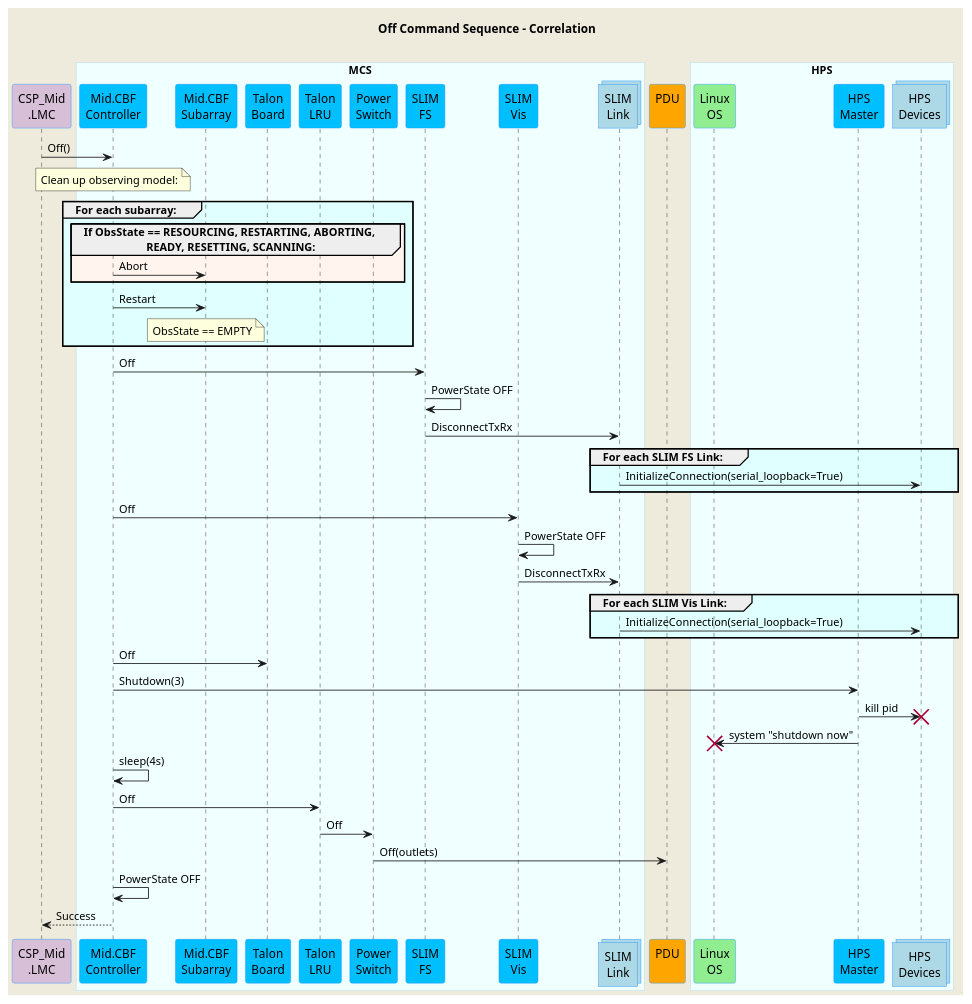
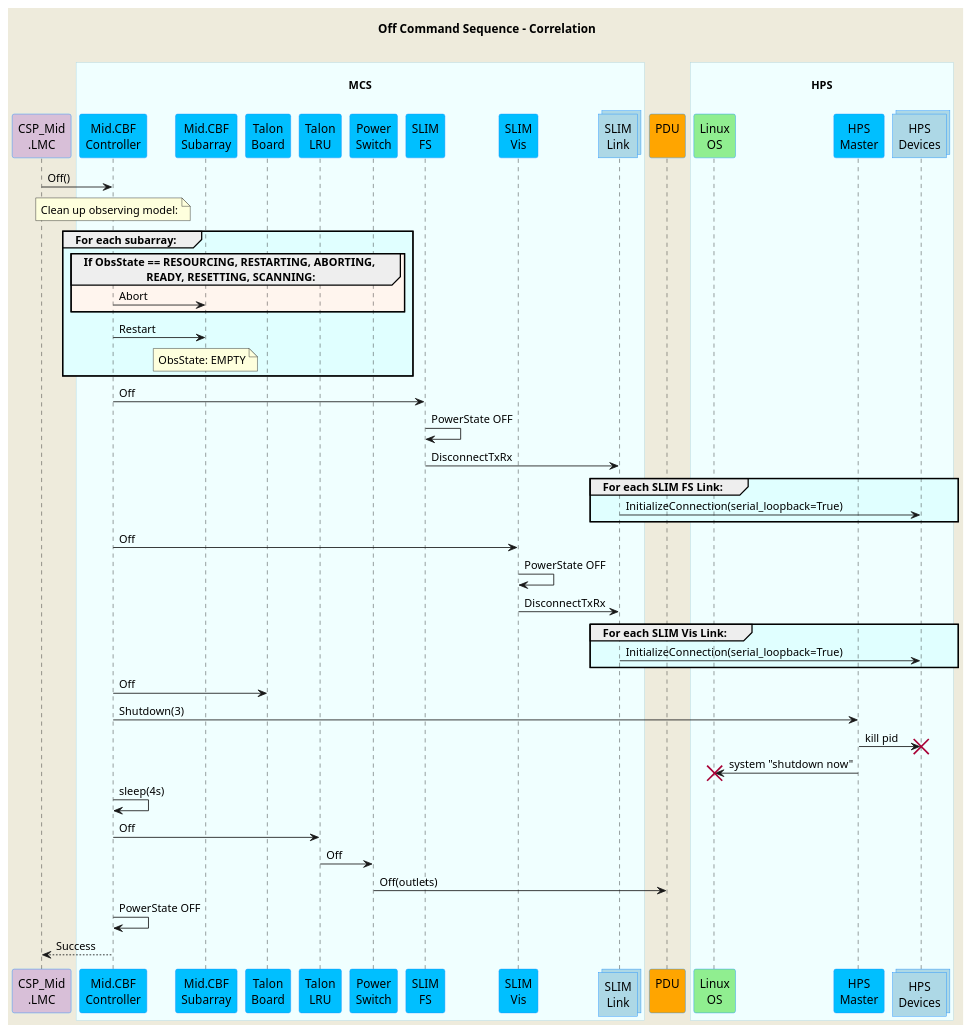
The diagram in docs/src/diagrams/off-command-sequence.puml (ska-telescope/mid-cbf-mcs), drawn with PlantUML before and after one commit. The commit also changed 8 other files, not shown here.

```diff
--- a/docs/src/diagrams/off-command-sequence.puml
+++ b/docs/src/diagrams/off-command-sequence.puml
@@ -1,82 +1,82 @@
 @startuml
 'https://plantuml.com/sequence-diagram
 skinparam backgroundColor #EEEBDC
 skinparam sequence {
 ParticipantBorderColor DodgerBlue
 ParticipantBackgroundColor DeepSkyBlue
 ActorBorderColor DarkGreen
 ActorBackgroundColor Green
 BoxBorderColor LightBlue
 BoxBackgroundColor #F0FFFF
 }
 skinparam collections {
   BackGroundColor LightBlue
   BorderColor DodgerBlue
 }
 skinparam database {
   BackgroundColor LightGreen
   BorderColor DarkGreen
 }
 title Off Command Sequence - Correlation\n
 participant "CSP_Mid\n.LMC" as lmc #Thistle
-box "MCS"
-participant "Mid.CBF\nController" as controller
-participant "Mid.CBF\nSubarray" as subarray
-participant "Talon\nBoard" as talon_board
-participant "Talon\nLRU" as lru
-participant "Power\nSwitch" as switch
-participant "SLIM\nFS" as slim_fs
-participant "SLIM\nVis" as slim_vis
-collections "SLIM\nLink" as slimlink
+box "\nMCS\n"
+  participant "Mid.CBF\nController" as controller
+  participant "Mid.CBF\nSubarray" as subarray
+  participant "Talon\nBoard" as talon_board
+  participant "Talon\nLRU" as lru
+  participant "Power\nSwitch" as switch
+  participant "SLIM\nFS" as slim_fs
+  participant "SLIM\nVis" as slim_vis
+  collections "SLIM\nLink" as slimlink
 end box
 participant "PDU\n" as pdu #Orange
-box "HPS"
-participant "Linux\nOS" as os #LightGreen
-participant "HPS\nMaster" as hpsmaster
-collections "HPS\nDevices" as hpsdevices
+box "\nHPS\n"
+  participant "Linux\nOS" as os #LightGreen
+  participant "HPS\nMaster" as hpsmaster
+  collections "HPS\nDevices" as hpsdevices
 end box
 
 lmc -> controller : Off()
 
 note over controller         : Clean up observing model:
 
 
 group #LightCyan For each subarray:
 group #SeaShell If ObsState == RESOURCING, RESTARTING, ABORTING,\n                      READY, RESETTING, SCANNING:
 controller -> subarray   : Abort
 end
 
 controller -> subarray   : Restart
-note over subarray       : ObsState == EMPTY
+note over subarray       : ObsState: EMPTY
 end loop
 
 controller ->  slim_fs       : Off
 slim_fs    ->  slim_fs       : PowerState OFF
 slim_fs    ->  slimlink      : DisconnectTxRx
 
 group #LightCyan For each SLIM FS Link:
 slimlink   ->  hpsdevices    : InitializeConnection(serial_loopback=True)
 end 
 
 controller ->  slim_vis      : Off
 slim_vis   ->  slim_vis      : PowerState OFF
 slim_vis   ->  slimlink      : DisconnectTxRx
 
 group #LightCyan For each SLIM Vis Link:
 slimlink   ->  hpsdevices    : InitializeConnection(serial_loopback=True)
 end
 
 controller ->  talon_board   : Off
 controller ->  hpsmaster     : Shutdown(3)
 hpsmaster  ->  hpsdevices !! : kill pid
 hpsmaster  ->  os !!         : system "shutdown now"
 controller ->  controller    : sleep(4s)
 
 controller ->  lru           : Off
 lru        ->  switch        : Off
 switch     ->  pdu           : Off(outlets)
 
 controller ->  controller    : PowerState OFF
 lmc       <--  controller    : Success
 
 @enduml
```
